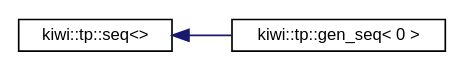
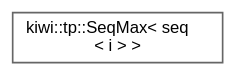
Before and after one commit to bab2min/Kiwi: the diagram in inherit_graph_69.dot, drawn with Graphviz. The commit also changed 621 other files, not shown here.

```diff
--- a/inherit_graph_69.dot
+++ b/inherit_graph_69.dot
@@ -1,10 +1,9 @@
 digraph "Graphical Class Hierarchy"
 {
  // LATEX_PDF_SIZE
-  edge [fontname="Helvetica",fontsize="10",labelfontname="Helvetica",labelfontsize="10"];
-  node [fontname="Helvetica",fontsize="10",shape=record];
+  bgcolor="transparent";
+  edge [fontname=Helvetica,fontsize=10,labelfontname=Helvetica,labelfontsize=10];
+  node [fontname=Helvetica,fontsize=10,shape=box,height=0.2,width=0.4];
   rankdir="LR";
-  Node0 [label="kiwi::tp::seq\<\>",height=0.2,width=0.4,color="black", fillcolor="white", style="filled",URL="$structkiwi_1_1tp_1_1seq.html",tooltip=" "];
-  Node0 -> Node1 [dir="back",color="midnightblue",fontsize="10",style="solid",fontname="Helvetica"];
-  Node1 [label="kiwi::tp::gen_seq\< 0 \>",height=0.2,width=0.4,color="black", fillcolor="white", style="filled",URL="$structkiwi_1_1tp_1_1gen__seq_3_010_01_4.html",tooltip=" "];
+  Node0 [id="Node000000",label="kiwi::tp::SeqMax\< seq\l\< i \> \>",height=0.2,width=0.4,color="grey40", fillcolor="white", style="filled",URL="$structkiwi_1_1tp_1_1SeqMax_3_01seq_3_01i_01_4_01_4.html",tooltip=" "];
 }
```
